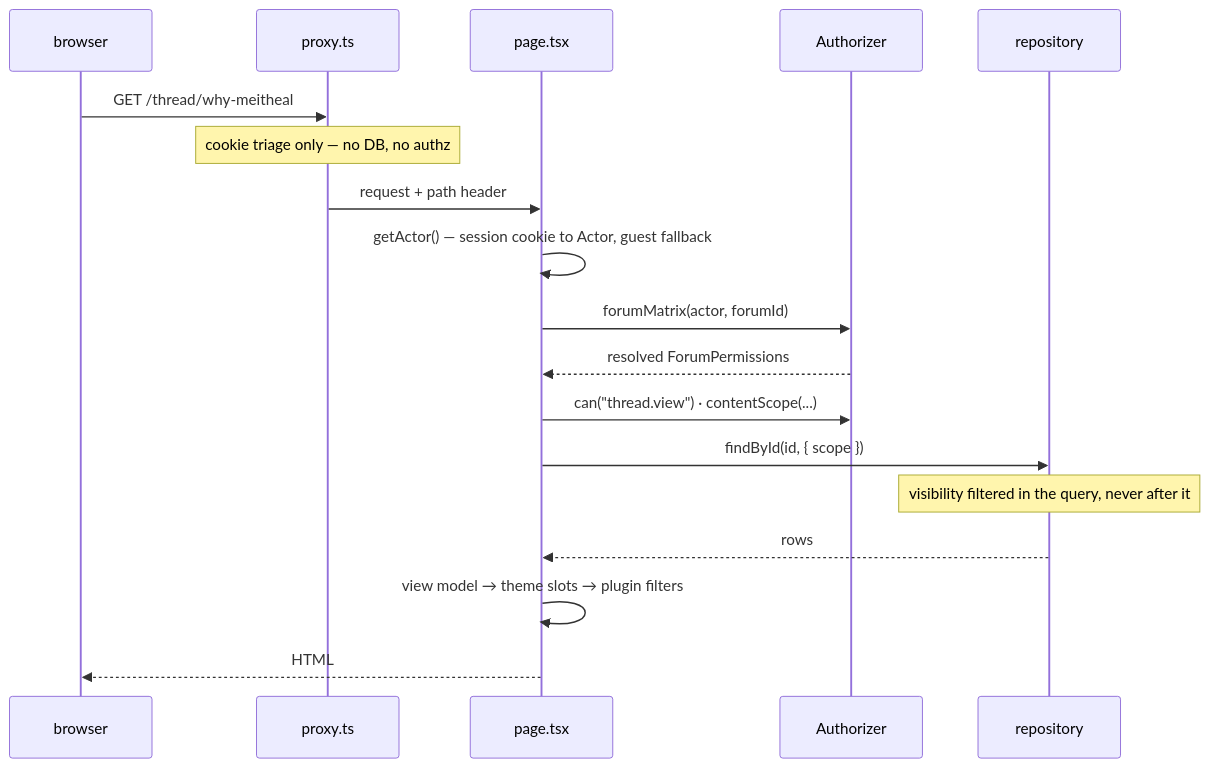
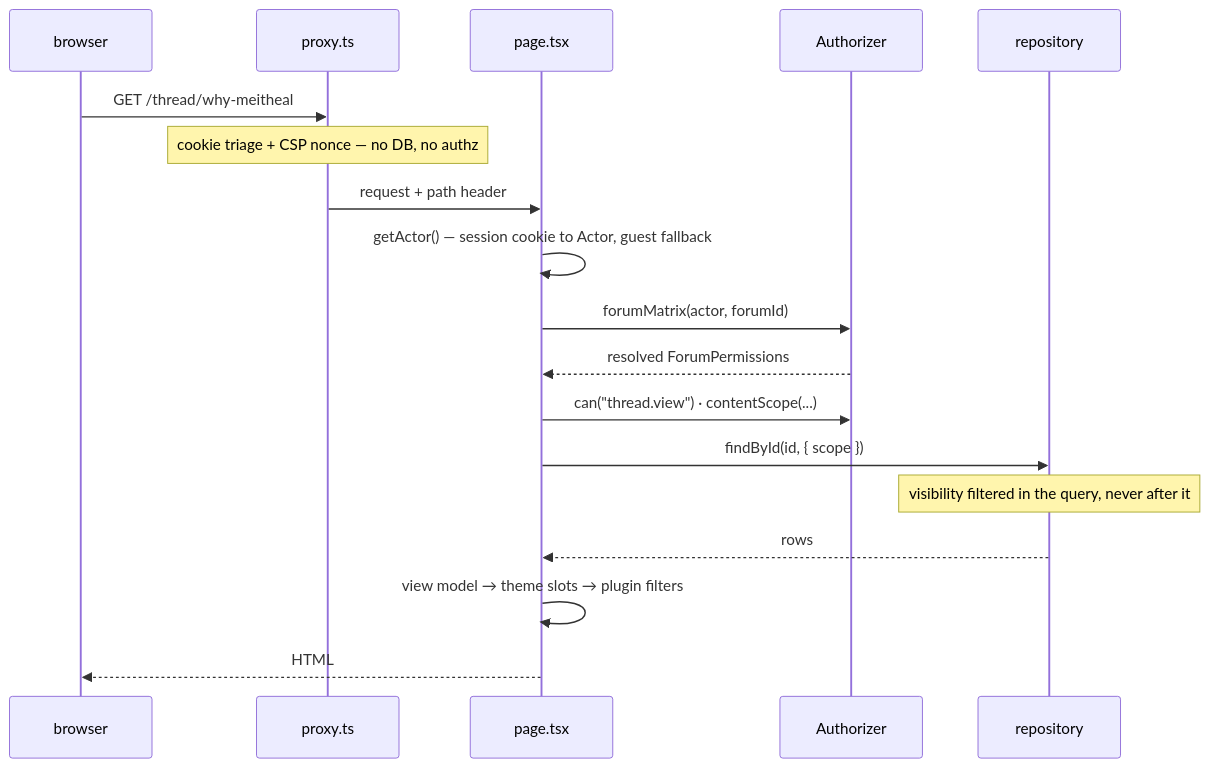
The third of 4 diagrams in docs/architecture.md (meith-dev/meith), drawn with Mermaid before and after one commit. The commit also changed other lines of this file and 16 other files, not shown here.

````diff
--- a/docs/architecture.md
+++ b/docs/architecture.md
@@ -324,20 +294,20 @@
 ```mermaid
 sequenceDiagram
     participant B as browser
     participant E as proxy.ts
     participant P as page.tsx
     participant A as Authorizer
     participant R as repository
     B->>E: GET /thread/why-meitheal
-    Note over E: cookie triage only — no DB, no authz
+    Note over E: cookie triage + CSP nonce — no DB, no authz
     E->>P: request + path header
     P->>P: getActor() — session cookie to Actor, guest fallback
     P->>A: forumMatrix(actor, forumId)
     A-->>P: resolved ForumPermissions
     P->>A: can("thread.view") · contentScope(...)
     P->>R: findById(id, { scope })
     Note over R: visibility filtered in the query, never after it
     R-->>P: rows
     P->>P: view model → theme slots → plugin filters
     P-->>B: HTML
 ```
````
